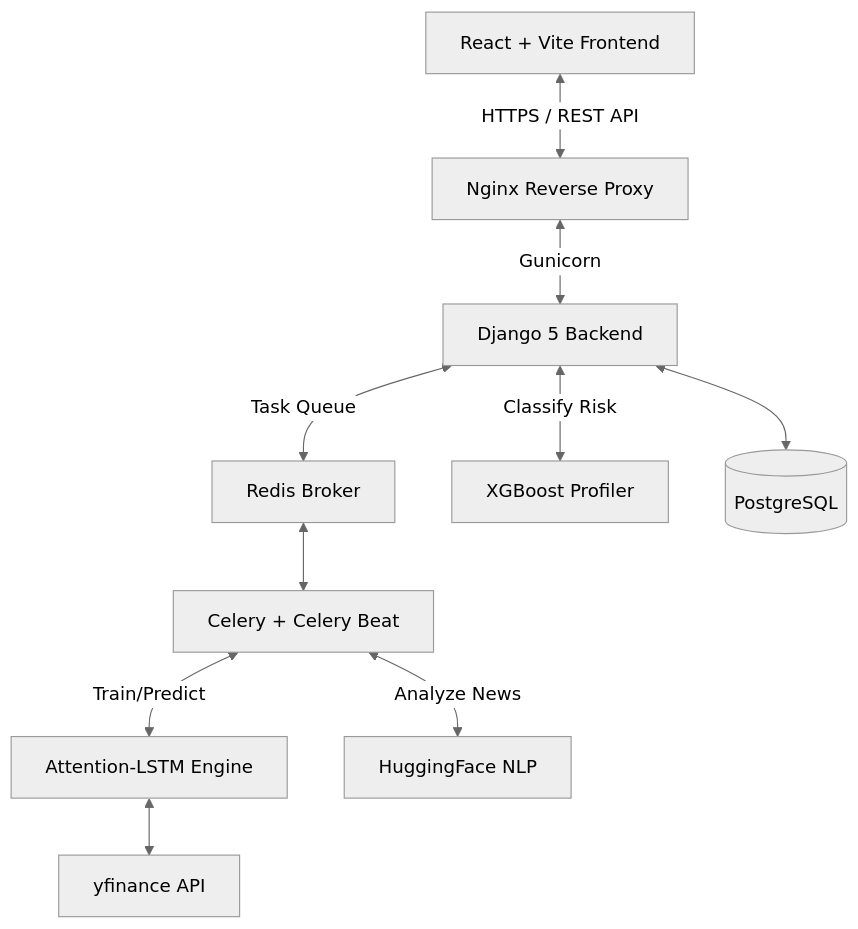
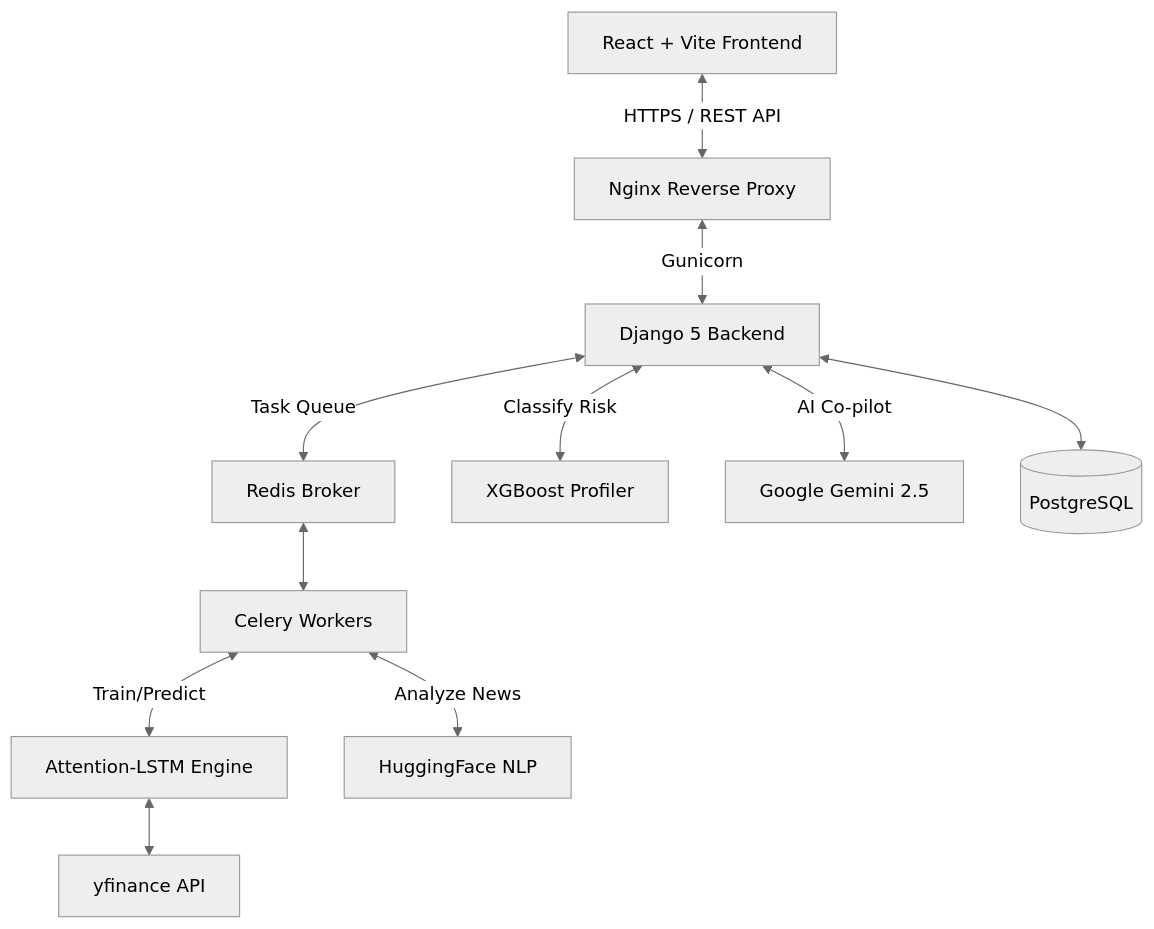
One commit to Cypher-redeye/Cresta changed the first of 2 diagrams in README.md. Above: the diagram before and after it, drawn with Mermaid (neutral theme). The commit also changed other lines of this file, not shown here.

Commit message:
docs: Fix ER diagram and System Architecture to match current models and GenAI pipeline

````diff
--- a/README.md
+++ b/README.md
@@ -199,12 +199,13 @@
 ```mermaid
 graph TD
     Client[React + Vite Frontend] <-->|HTTPS / REST API| Nginx[Nginx Reverse Proxy]
     Nginx <-->|Gunicorn| Django[Django 5 Backend]
     Django <-->|Task Queue| Redis[Redis Broker]
-    Redis <--> Celery[Celery + Celery Beat]
+    Redis <--> Celery[Celery Workers]
     Celery <-->|Train/Predict| PyTorch[Attention-LSTM Engine]
     Celery <-->|Analyze News| FinBERT[HuggingFace NLP]
     Django <-->|Classify Risk| XGBoost[XGBoost Profiler]
+    Django <-->|AI Co-pilot| Gemini[Google Gemini 2.5]
     Django <--> Postgres[(PostgreSQL)]
     PyTorch <--> YF[yfinance API]
 ```
````
